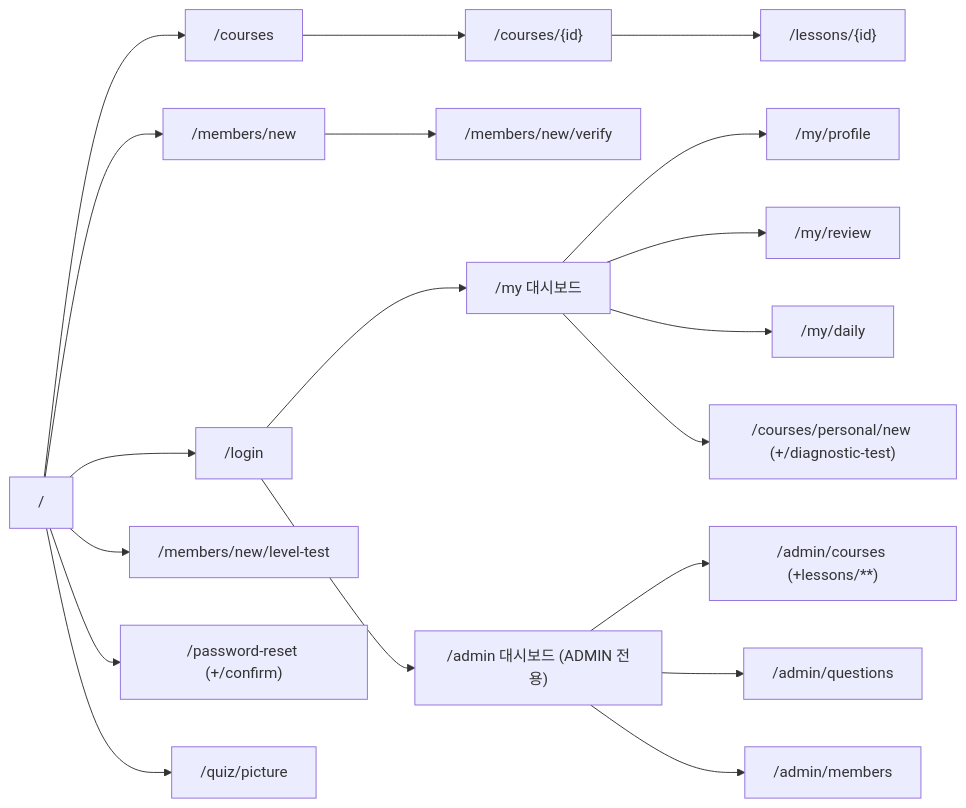
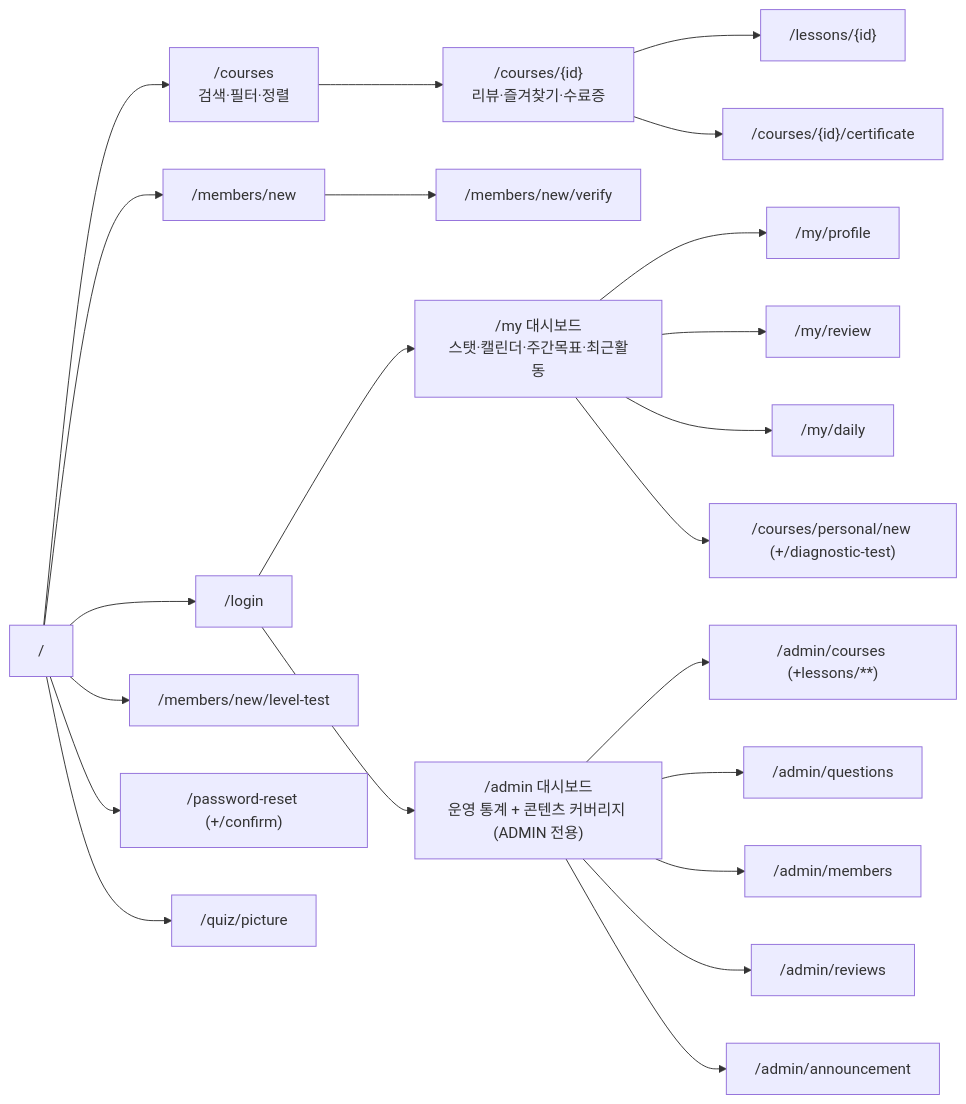
One commit to luminFrost/eduplatform changed the third of 3 diagrams in docs/DESIGN.md. Above: the diagram before and after it, drawn with Mermaid. The commit also changed other lines of this file and 9 other files, not shown here.

````diff
--- a/docs/DESIGN.md
+++ b/docs/DESIGN.md
@@ -263,25 +304,28 @@
 ```mermaid
 flowchart LR
-    Root["/"] --> Courses["/courses"]
-    Courses --> CourseDetail["/courses/{id}"]
+    Root["/"] --> Courses["/courses<br/>검색·필터·정렬"]
+    Courses --> CourseDetail["/courses/{id}<br/>리뷰·즐겨찾기·수료증"]
     CourseDetail --> Lesson["/lessons/{id}"]
+    CourseDetail --> Certificate["/courses/{id}/certificate"]
 
     Root --> Signup["/members/new"]
     Signup --> Verify["/members/new/verify"]
     Root --> Login["/login"]
     Root --> LevelTest["/members/new/level-test"]
     Root --> PwReset["/password-reset (+/confirm)"]
 
-    Login --> My["/my 대시보드"]
+    Login --> My["/my 대시보드<br/>스탯·캘린더·주간목표·최근활동"]
     My --> Profile["/my/profile"]
     My --> Review["/my/review"]
     My --> Daily["/my/daily"]
     My --> PersonalNew["/courses/personal/new (+/diagnostic-test)"]
 
     Root --> PictureQuiz["/quiz/picture"]
 
-    Login --> Admin["/admin 대시보드 (ADMIN 전용)"]
+    Login --> Admin["/admin 대시보드<br/>운영 통계 + 콘텐츠 커버리지 (ADMIN 전용)"]
     Admin --> AdminCourses["/admin/courses (+lessons/**)"]
     Admin --> AdminQuestions["/admin/questions"]
     Admin --> AdminMembers["/admin/members"]
+    Admin --> AdminReviews["/admin/reviews"]
+    Admin --> AdminAnnouncement["/admin/announcement"]
 ```
````
